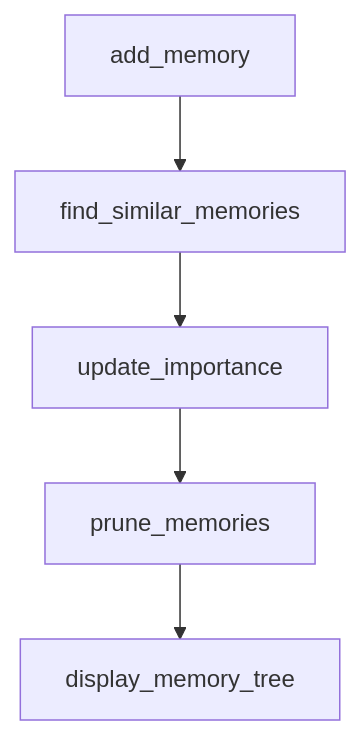
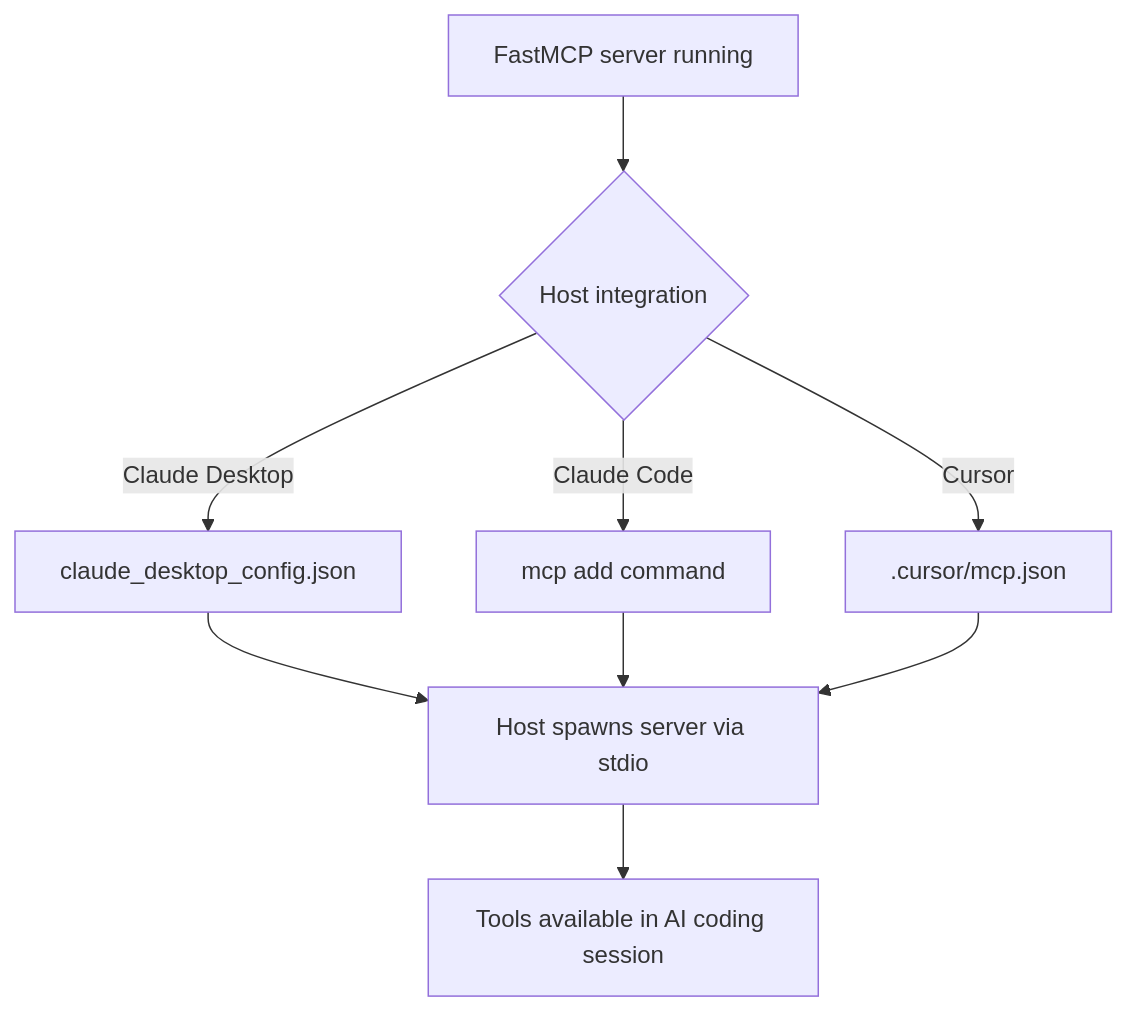
One commit to johnxie/awesome-code-docs changed the diagram in tutorials/fastmcp-tutorial/05-integrations-claude-code-cursor-and-tooling.md. Above: the diagram before and after it, drawn with Mermaid. The commit also changed other lines of this file and 1232 other files, not shown here.

````diff
--- a/tutorials/fastmcp-tutorial/05-integrations-claude-code-cursor-and-tooling.md
+++ b/tutorials/fastmcp-tutorial/05-integrations-claude-code-cursor-and-tooling.md
@@ -213,12 +44,11 @@
 ```mermaid
 flowchart TD
-    A[add_memory]
-    B[find_similar_memories]
-    C[update_importance]
-    D[prune_memories]
-    E[display_memory_tree]
-    A --> B
-    B --> C
-    C --> D
-    D --> E
+    A[FastMCP server running] --> B{Host integration}
+    B -->|Claude Desktop| C[claude_desktop_config.json]
+    B -->|Claude Code| D[mcp add command]
+    B -->|Cursor| E[.cursor/mcp.json]
+    C --> F[Host spawns server via stdio]
+    D --> F
+    E --> F
+    F --> G[Tools available in AI coding session]
 ```
````
